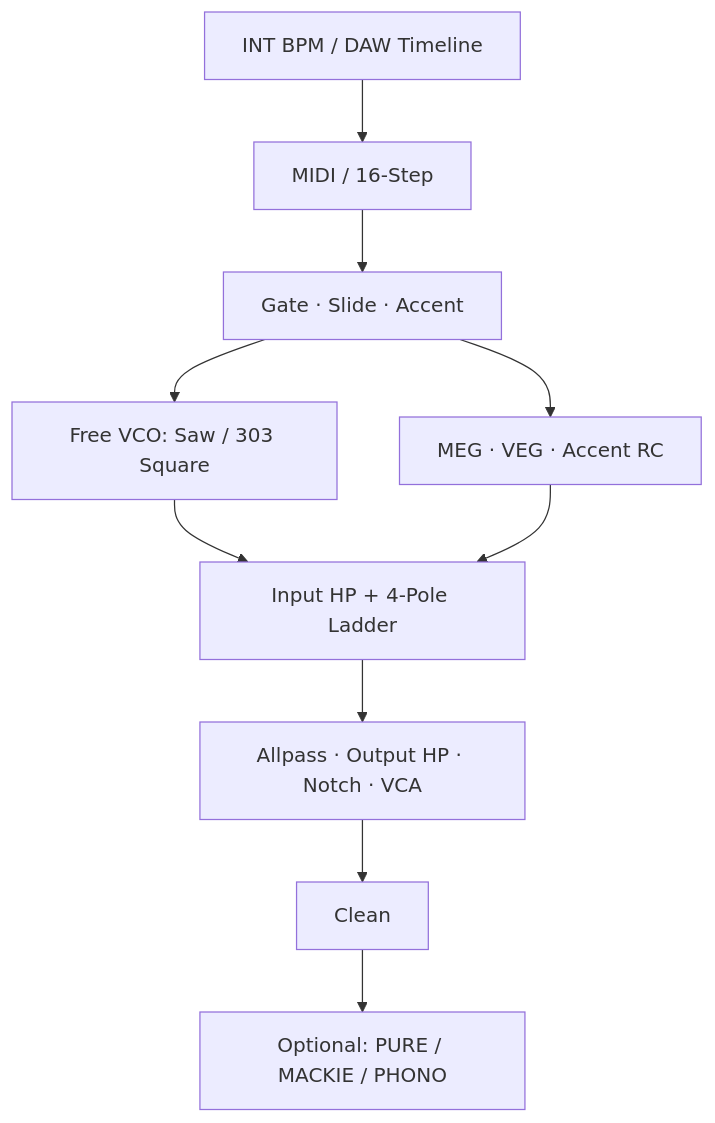
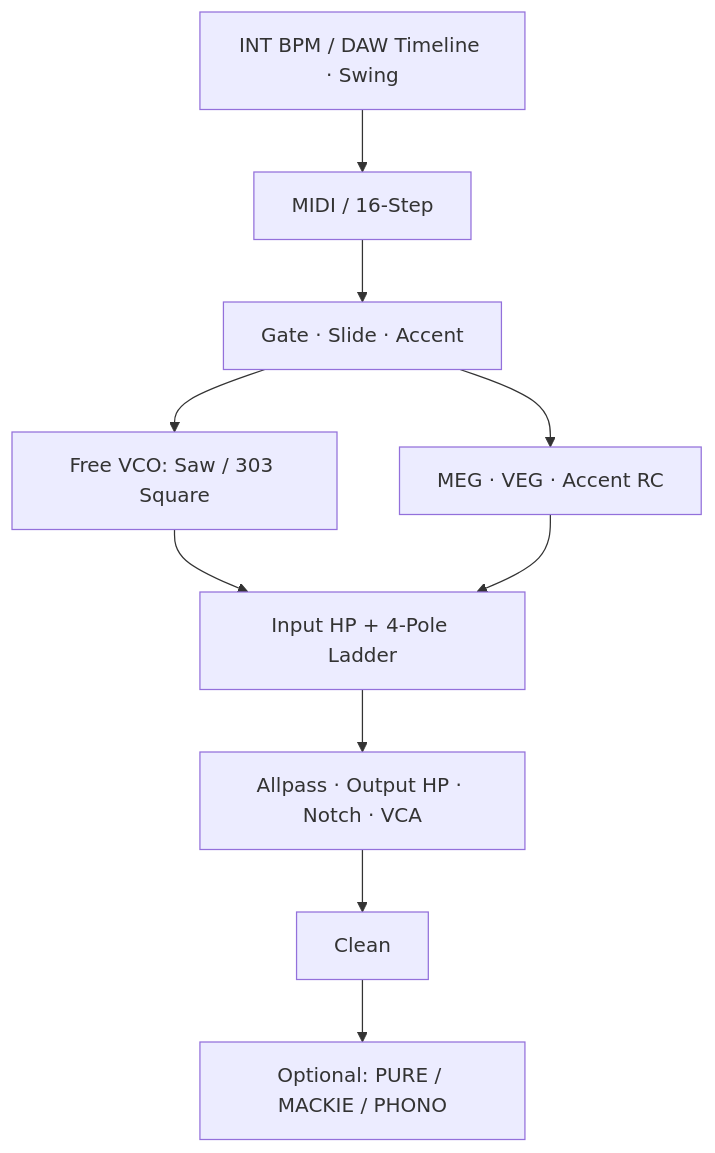
One commit to ClarkParker/ACIDIFY changed the diagram in docs/CONCEPT.md. Above: the diagram before and after it, drawn with Mermaid. The commit also changed other lines of this file and 17 other files, not shown here.

````diff
--- a/docs/CONCEPT.md
+++ b/docs/CONCEPT.md
@@ -54,12 +54,12 @@
 ```mermaid
 flowchart TD
     A["MIDI / 16-Step"] --> B["Gate · Slide · Accent"]
-    T["INT BPM / DAW Timeline"] --> A
+    T["INT BPM / DAW Timeline · Swing"] --> A
     B --> C["Free VCO: Saw / 303 Square"]
     B --> D["MEG · VEG · Accent RC"]
     C --> E["Input HP + 4-Pole Ladder"]
     D --> E
     E --> F["Allpass · Output HP · Notch · VCA"]
     F --> G["Clean"]
     G --> H["Optional: PURE / MACKIE / PHONO"]
 ```
````
